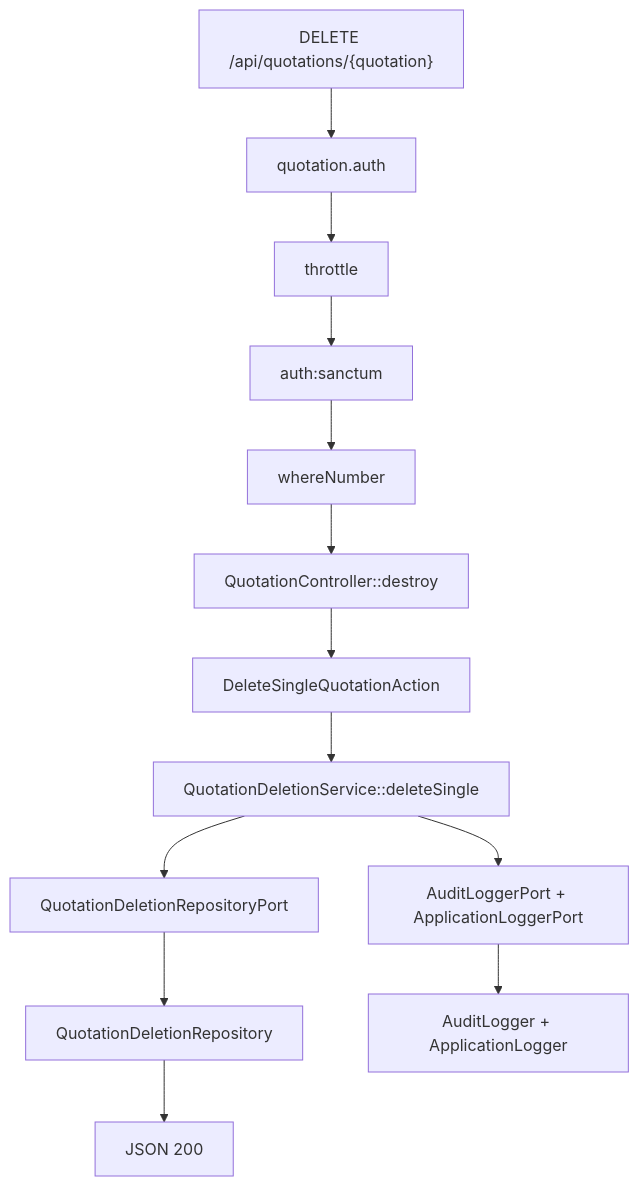
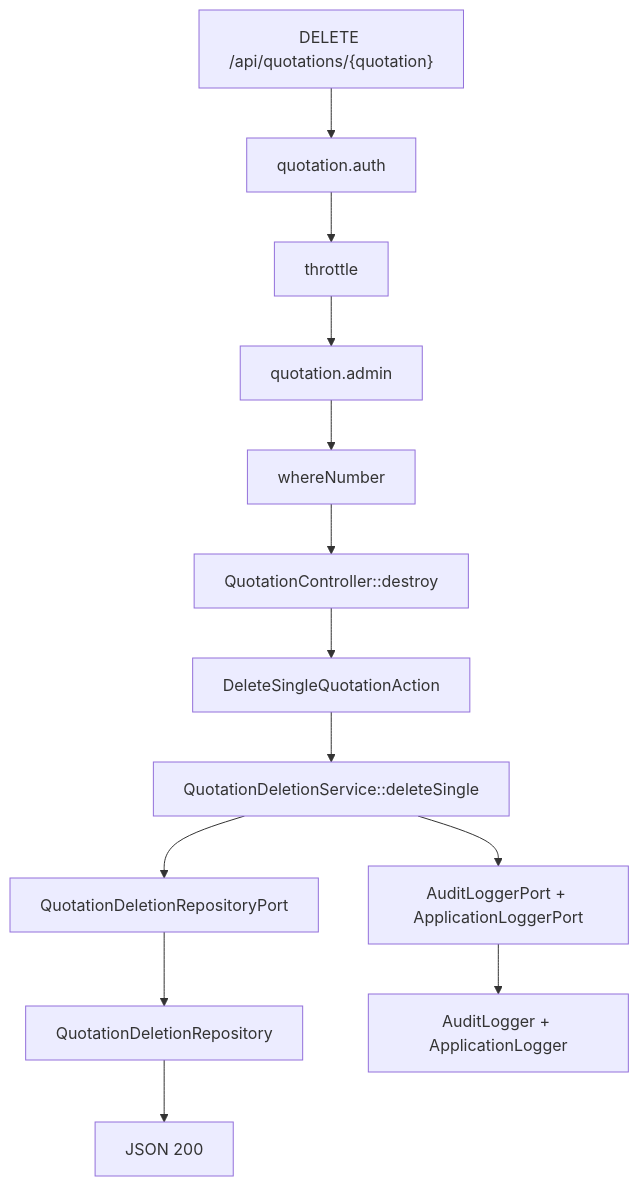
Before and after one commit to igtrou/desafio-test-kraken: the tenth of 10 diagrams in docs/API_FLOW_MAP.md, drawn with Mermaid. The commit also changed other lines of this file and 18 other files, not shown here.

Commit message:
feat: harden gateway perimeter with hybrid auth flow

````diff
--- a/docs/API_FLOW_MAP.md
+++ b/docs/API_FLOW_MAP.md
@@ -250,15 +250,15 @@
 ```mermaid
 flowchart TB
     R["DELETE /api/quotations/{quotation}"] --> MW1["quotation.auth"]
     MW1 --> MW2["throttle"]
-    MW2 --> MW3["auth:sanctum"]
+    MW2 --> MW3["quotation.admin"]
     MW3 --> MW4["whereNumber"]
     MW4 --> CTRL["QuotationController::destroy"]
     CTRL --> ACT["DeleteSingleQuotationAction"]
     ACT --> SVC["QuotationDeletionService::deleteSingle"]
     SVC --> PORT["QuotationDeletionRepositoryPort"]
     PORT --> ADP["QuotationDeletionRepository"]
     SVC --> LOGPORT["AuditLoggerPort + ApplicationLoggerPort"]
     LOGPORT --> LOGADP["AuditLogger + ApplicationLogger"]
     ADP --> OUT["JSON 200"]
 ```
````
